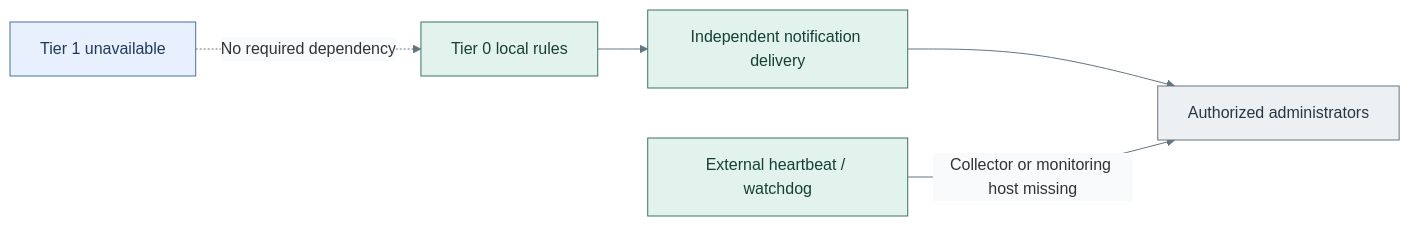
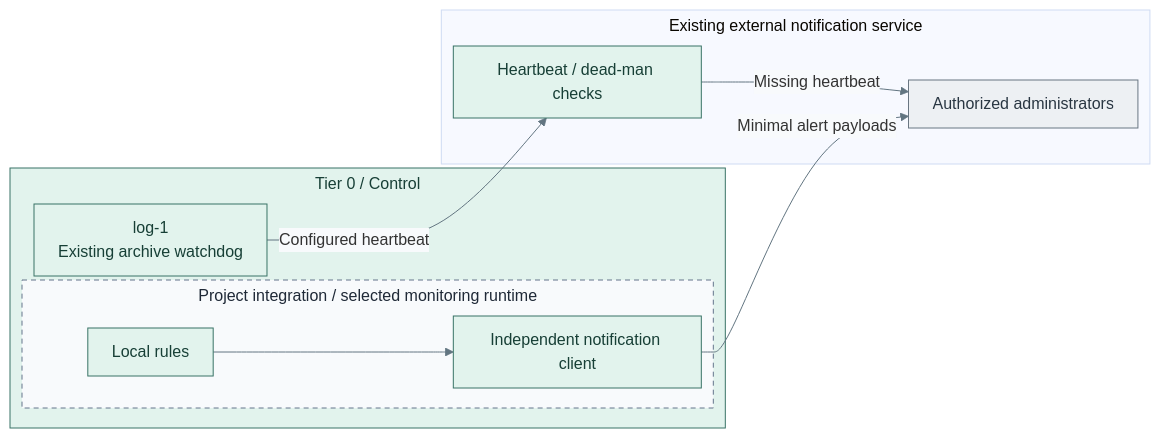
The third of 3 diagrams in docs/deployment/stage-4-control-services/monitoring.md (Rexus/homelab), drawn with Mermaid before and after one commit. The commit also changed other lines of this file and 60 other files, not shown here.

Commit message:
docs(diagrams): align architecture and deployment views with IaC

````diff
--- a/docs/deployment/stage-4-control-services/monitoring.md
+++ b/docs/deployment/stage-4-control-services/monitoring.md
@@ -77,14 +112,25 @@
 ```mermaid
-%%{init: {"theme":"base","themeVariables":{"lineColor":"#627581","edgeLabelBackground":"#f8fafc"}}}%%
+%%{init: {"theme":"base","flowchart":{"nodeSpacing":20,"rankSpacing":24,"padding":12,"subGraphTitleMargin":{"top":4,"bottom":12}},"themeVariables":{"lineColor":"#627581","edgeLabelBackground":"#f8fafc"}}}%%
 flowchart LR
-  Rules["Tier 0 local rules"] --> Routing["Independent notification delivery"] --> Admin["Authorized administrators"]
-  Watch["External heartbeat / watchdog"] -->|Collector or monitoring host missing| Admin
-  T1["Tier 1 unavailable"] -. No required dependency .-> Rules
+  subgraph T0["Tier 0 / Control"]
+    subgraph Project["Project integration / selected monitoring runtime"]
+      Rules["Local rules"] --> Routing["Independent notification client"]
+    end
+    Log["log-1<br/>Existing archive watchdog"]
+  end
+  subgraph External["Existing external notification service"]
+    Watch["Heartbeat / dead-man checks"]
+    Admin["Authorized administrators"]
+    Watch -->|Missing heartbeat| Admin
+  end
+  Routing -->|Minimal alert payloads| Admin
+  Log -->|Configured heartbeat| Watch
   classDef default fill:#f8fafc,stroke:#64748b,color:#1f2937
   classDef control fill:#e2f3ed,stroke:#397366,color:#173f36
   classDef actor fill:#edf0f3,stroke:#697682,color:#293642
   classDef services fill:#e7f0fc,stroke:#4d719b,color:#203a5b
-  class Rules,Routing,Watch control
+  classDef replicas fill:#f8fafc,stroke:#64748b,color:#1f2937,stroke-dasharray:5 4
+  class T0,Rules,Routing,Watch,Log control
   class Admin actor
-  class T1 services
+  class Project replicas
 ```
````
